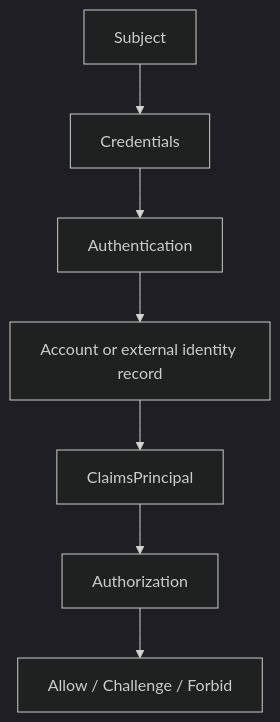
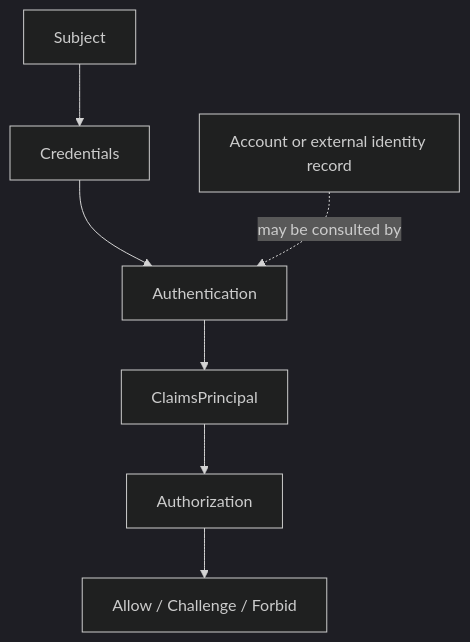
The diagram in 03_ASPNET_Core_Authentication_Authorization/01_Identity_Authentication_Authorization.md (EugenTovarchi/Backend-Engineer-Handbook), drawn with Mermaid (dark theme) before and after one commit. The commit also changed other lines of this file and 2 other files, not shown here.

````diff
--- a/03_ASPNET_Core_Authentication_Authorization/01_Identity_Authentication_Authorization.md
+++ b/03_ASPNET_Core_Authentication_Authorization/01_Identity_Authentication_Authorization.md
@@ -144,9 +146,9 @@
 ```mermaid
 flowchart TD
     S[Subject] --> C[Credentials]
     C --> A[Authentication]
-    A --> AR[Account or external identity record]
-    AR --> P[ClaimsPrincipal]
+    AR[Account or external identity record] -. may be consulted by .-> A
+    A --> P[ClaimsPrincipal]
     P --> Z[Authorization]
     Z --> O[Allow / Challenge / Forbid]
 ```
````
